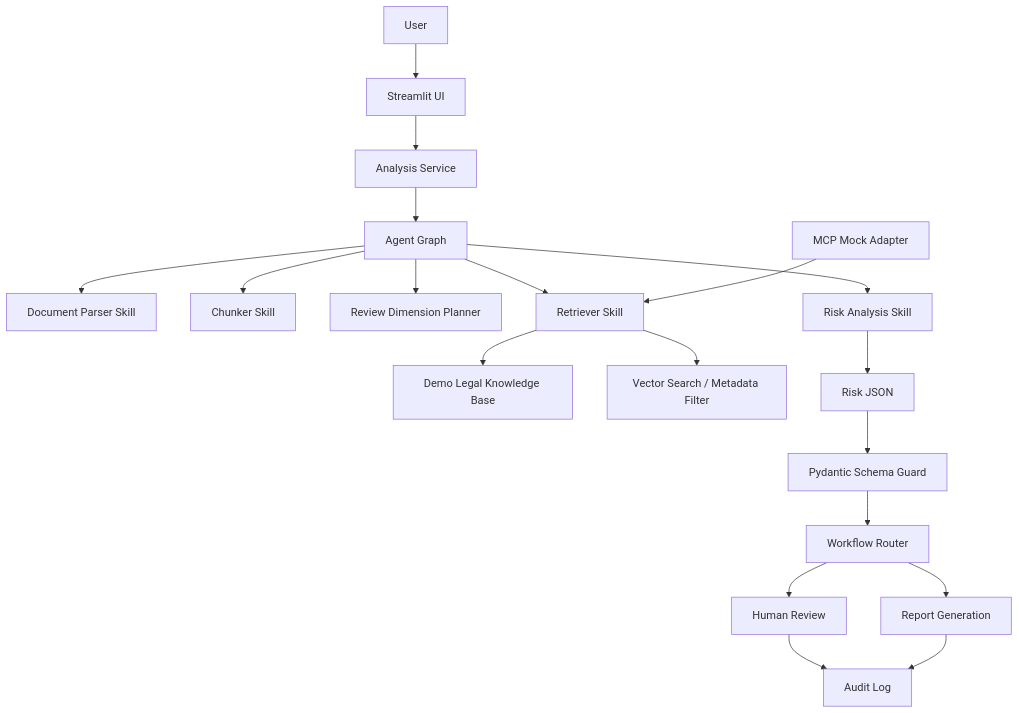
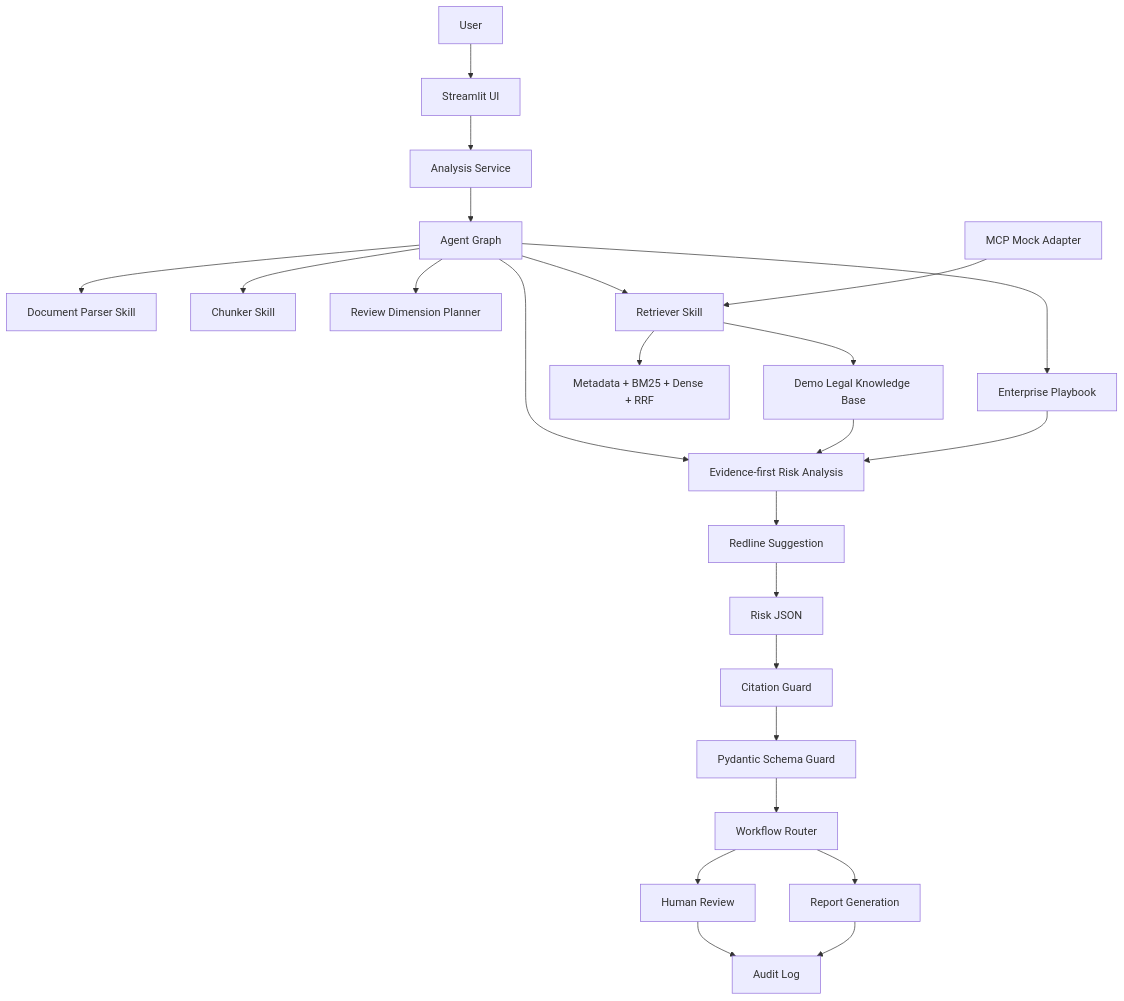
One commit to jdfhd1688-code/enterprise-legal-ai-agent changed the diagram in README.md. Above: the diagram before and after it, drawn with Mermaid. The commit also changed other lines of this file and 36 other files, not shown here.

Commit message:
feat: add evidence-first legal rag and playbook

````diff
--- a/README.md
+++ b/README.md
@@ -58,21 +62,26 @@
 ```mermaid
 flowchart TD
     U[User] --> UI[Streamlit UI]
     UI --> S[Analysis Service]
     S --> A[Agent Graph]
     A --> P[Document Parser Skill]
     A --> C[Chunker Skill]
     A --> RP[Review Dimension Planner]
     A --> R[Retriever Skill]
     R --> KB[Demo Legal Knowledge Base]
-    R --> VS[Vector Search / Metadata Filter]
+    R --> VS[Metadata + BM25 + Dense + RRF]
+    A --> PB[Enterprise Playbook]
     A --> RA[Risk Analysis Skill]
-    RA --> JSON[Risk JSON]
-    JSON --> SG[Pydantic Schema Guard]
+    KB --> RA[Evidence-first Risk Analysis]
+    PB --> RA
+    RA --> RL[Redline Suggestion]
+    RL --> JSON[Risk JSON]
+    JSON --> CG[Citation Guard]
+    CG --> SG[Pydantic Schema Guard]
     SG --> W[Workflow Router]
     W --> HR[Human Review]
     W --> RG[Report Generation]
     HR --> AL[Audit Log]
     RG --> AL
     MCP[MCP Mock Adapter] --> R
 ```
````
